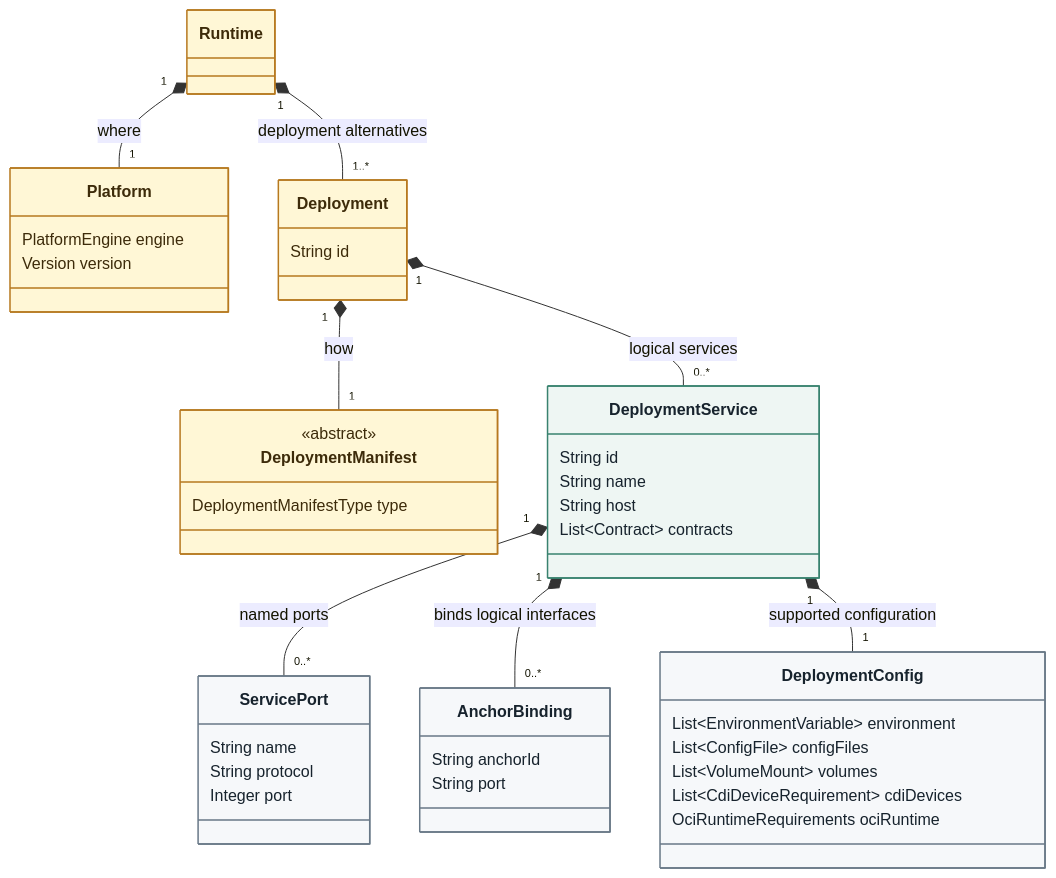
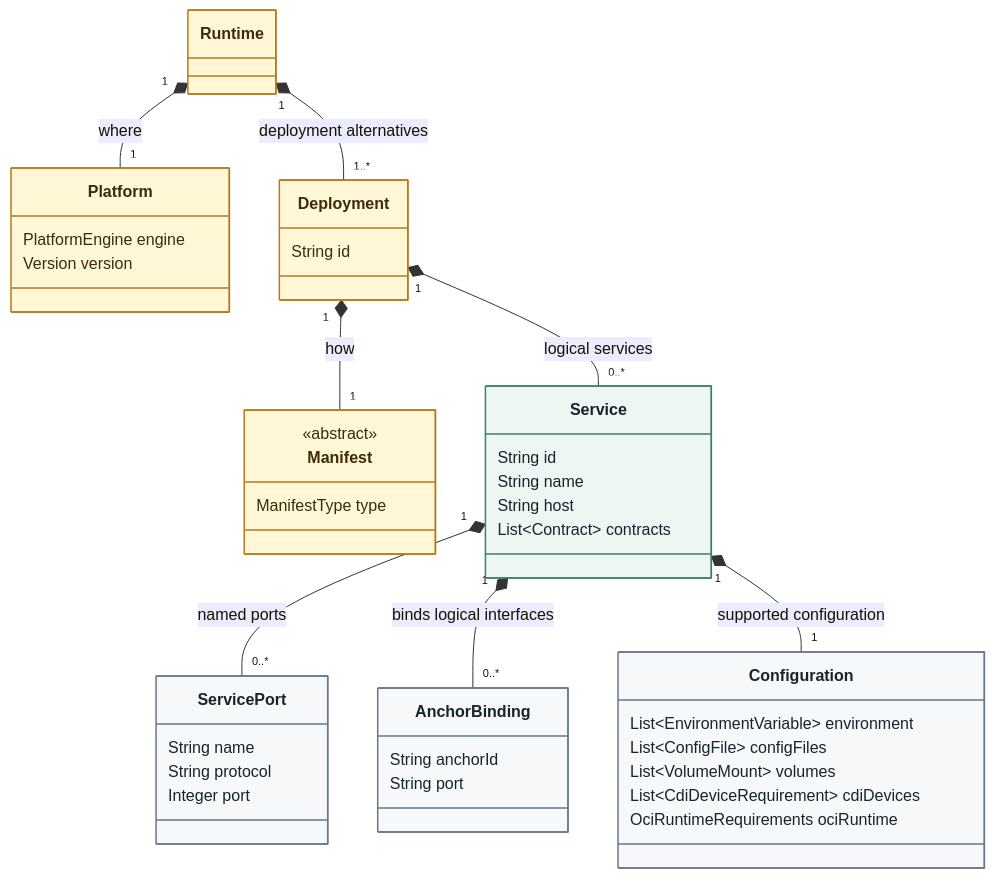
The diagram in DOT-Design/next/dot-design/_attachments/diagrams/domain-runtime.mmd (MARE-EU-Project/DOT-Docs), drawn with Mermaid before and after one commit. The commit also changed 257 other files, not shown here.

```diff
--- a/DOT-Design/next/dot-design/_attachments/diagrams/domain-runtime.mmd
+++ b/DOT-Design/next/dot-design/_attachments/diagrams/domain-runtime.mmd
@@ -1,56 +1,56 @@
 classDiagram
   direction TB
   accTitle: Runtime choices and service-scoped deployment configuration
   accDescr: A DOT offers Runtime alternatives. Each Runtime targets one Platform and offers Deployments. A Deployment has one polymorphic manifest and logical services with ports, Anchor bindings, and their own configuration requirements.
 
   class Runtime
   class Platform {
     PlatformEngine engine
     Version version
   }
   class Deployment {
     String id
   }
-  class DeploymentManifest {
+  class Manifest {
     <<abstract>>
-    DeploymentManifestType type
+    ManifestType type
   }
-  class DeploymentService {
+  class Service {
     String id
     String name
     String host
     List~Contract~ contracts
   }
   class ServicePort {
     String name
     String protocol
     Integer port
   }
   class AnchorBinding {
     String anchorId
     String port
   }
-  class DeploymentConfig {
+  class Configuration {
     List~EnvironmentVariable~ environment
     List~ConfigFile~ configFiles
     List~VolumeMount~ volumes
     List~CdiDeviceRequirement~ cdiDevices
     OciRuntimeRequirements ociRuntime
   }
 
   Runtime "1" *-- "1" Platform : where
   Runtime "1" *-- "1..*" Deployment : deployment alternatives
-  Deployment "1" *-- "1" DeploymentManifest : how
-  Deployment "1" *-- "0..*" DeploymentService : logical services
-  DeploymentService "1" *-- "0..*" ServicePort : named ports
-  DeploymentService "1" *-- "0..*" AnchorBinding : binds logical interfaces
-  DeploymentService "1" *-- "1" DeploymentConfig : supported configuration
+  Deployment "1" *-- "1" Manifest : how
+  Deployment "1" *-- "0..*" Service : logical services
+  Service "1" *-- "0..*" ServicePort : named ports
+  Service "1" *-- "0..*" AnchorBinding : binds logical interfaces
+  Service "1" *-- "1" Configuration : supported configuration
 
   style Runtime fill:#fff7d6,stroke:#b7791f,color:#3d2b0a,stroke-width:1.5px
   style Platform fill:#fff7d6,stroke:#b7791f,color:#3d2b0a,stroke-width:1.5px
   style Deployment fill:#fff7d6,stroke:#b7791f,color:#3d2b0a,stroke-width:1.5px
-  style DeploymentManifest fill:#fff7d6,stroke:#b7791f,color:#3d2b0a,stroke-width:1.5px
-  style DeploymentService fill:#eef6f3,stroke:#39826f,color:#17232d,stroke-width:1.5px
+  style Manifest fill:#fff7d6,stroke:#b7791f,color:#3d2b0a,stroke-width:1.5px
+  style Service fill:#eef6f3,stroke:#39826f,color:#17232d,stroke-width:1.5px
   style ServicePort fill:#f6f8fa,stroke:#687887,color:#17232d,stroke-width:1.5px
   style AnchorBinding fill:#f6f8fa,stroke:#687887,color:#17232d,stroke-width:1.5px
-  style DeploymentConfig fill:#f6f8fa,stroke:#687887,color:#17232d,stroke-width:1.5px
+  style Configuration fill:#f6f8fa,stroke:#687887,color:#17232d,stroke-width:1.5px
```
